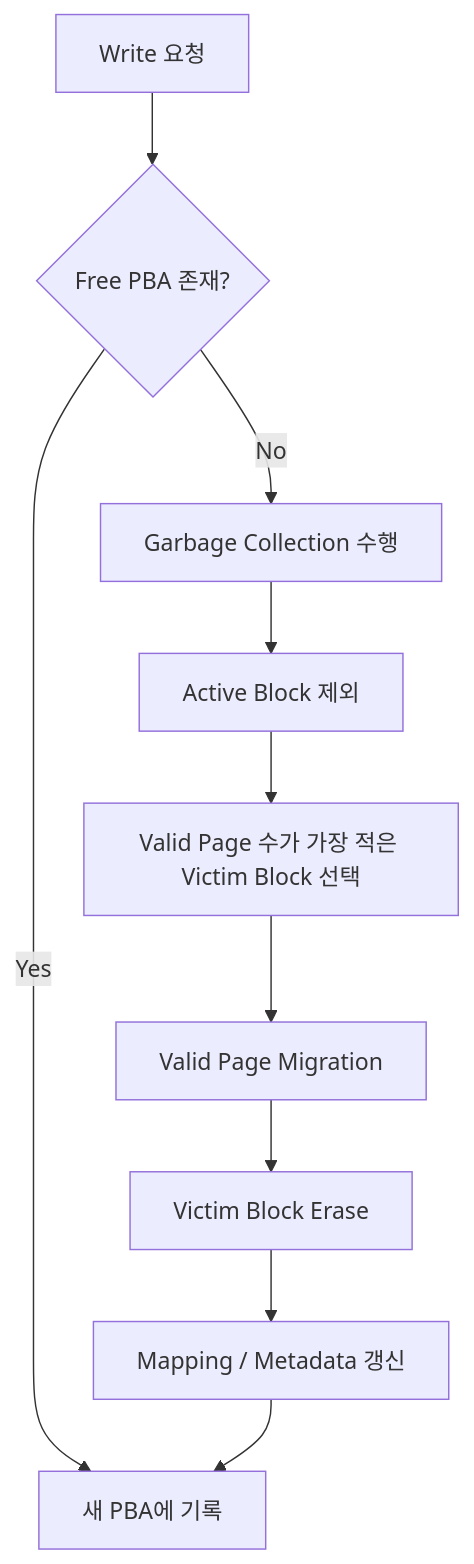
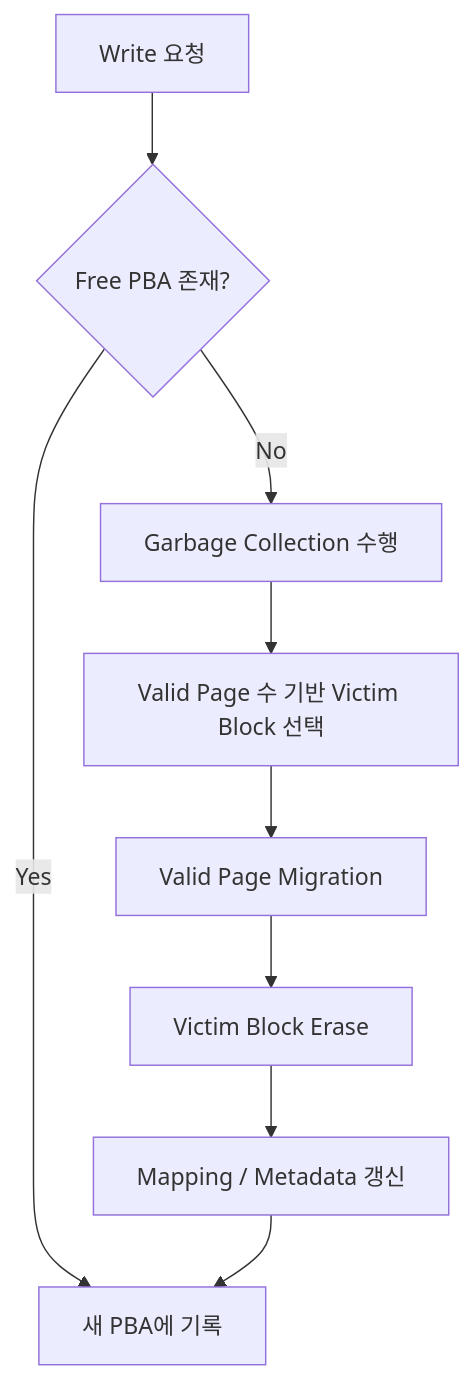
Before and after one commit to ttaeyong/ttaeyong.github.io: the diagram in index.md, drawn with Mermaid. The commit also changed other lines of this file, not shown here.

````diff
--- a/index.md
+++ b/index.md
@@ -619,13 +229,12 @@
 ```mermaid
-flowchart TD  
- A[Write 요청] --> B{Free PBA 존재?}  
- B -- Yes --> C[새 PBA에 기록]  
- B -- No --> D[Garbage Collection 수행]  
-  
- D --> E[Active Block 제외]  
- E --> F[Valid Page 수가 가장 적은 Victim Block 선택]  
- F --> G[Valid Page Migration]  
- G --> H[Victim Block Erase]  
- H --> I[Mapping / Metadata 갱신]  
- I --> C
+flowchart TD
+    A[Write 요청] --> B{Free PBA 존재?}
+    B -- Yes --> C[새 PBA에 기록]
+    B -- No --> D[Garbage Collection 수행]
+
+    D --> E[Valid Page 수 기반 Victim Block 선택]
+    E --> F[Valid Page Migration]
+    F --> G[Victim Block Erase]
+    G --> H[Mapping / Metadata 갱신]
+    H --> C
 ```
````
